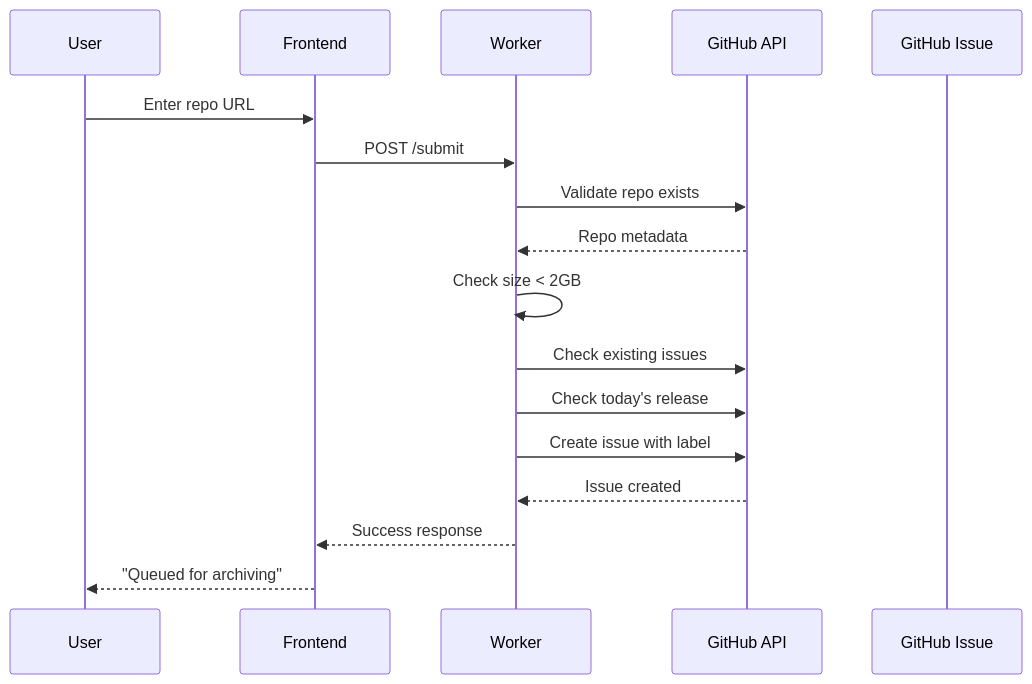
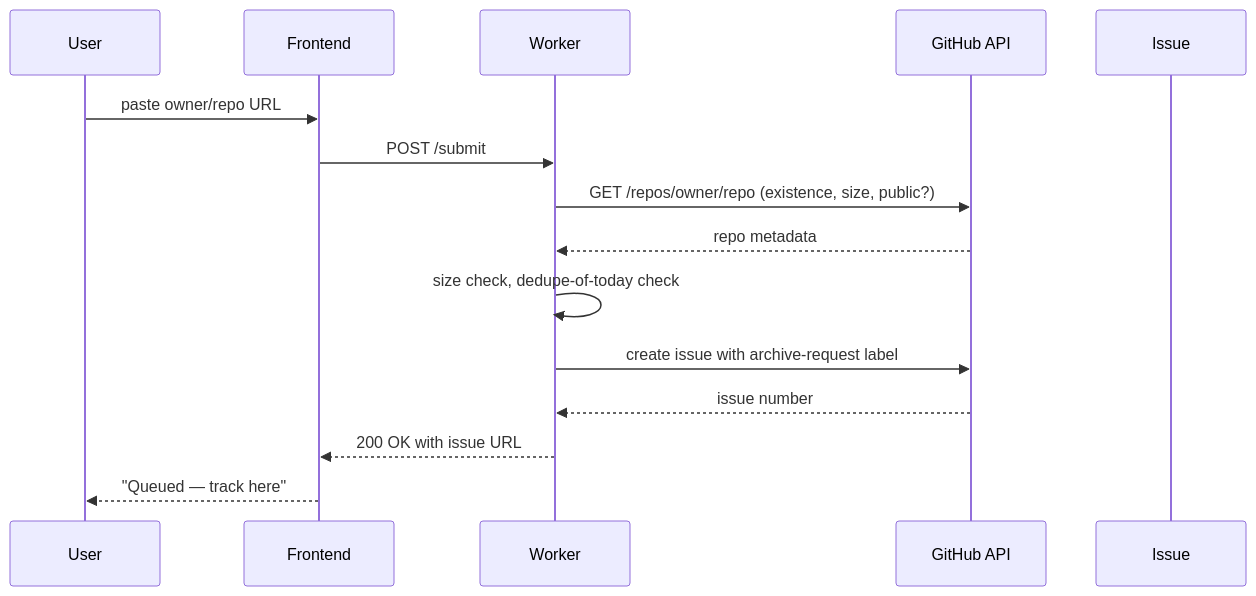
Before and after one commit to Technical-1/Git-Archiver-Web: the second of 3 diagrams in .portfolio/architecture.md, drawn with Mermaid. The commit also changed other lines of this file and 3 other files, not shown here.

````diff
--- a/.portfolio/architecture.md
+++ b/.portfolio/architecture.md
@@ -218,20 +85,18 @@
 ```mermaid
 sequenceDiagram
     participant U as User
     participant F as Frontend
     participant W as Worker
     participant G as GitHub API
-    participant I as GitHub Issue
+    participant I as Issue
 
-    U->>F: Enter repo URL
+    U->>F: paste owner/repo URL
     F->>W: POST /submit
-    W->>G: Validate repo exists
-    G-->>W: Repo metadata
-    W->>W: Check size < 2GB
-    W->>G: Check existing issues
-    W->>G: Check today's release
-    W->>G: Create issue with label
-    G-->>W: Issue created
-    W-->>F: Success response
-    F-->>U: "Queued for archiving"
+    W->>G: GET /repos/owner/repo (existence, size, public?)
+    G-->>W: repo metadata
+    W->>W: size check, dedupe-of-today check
+    W->>G: create issue with archive-request label
+    G-->>W: issue number
+    W-->>F: 200 OK with issue URL
+    F-->>U: "Queued — track here"
 ```
````
